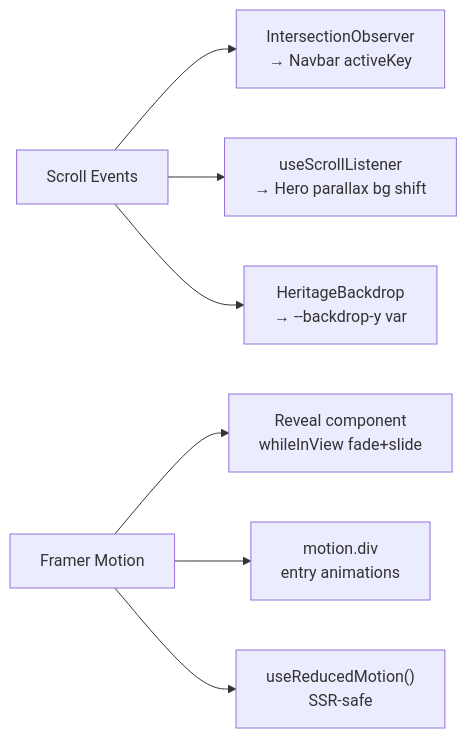
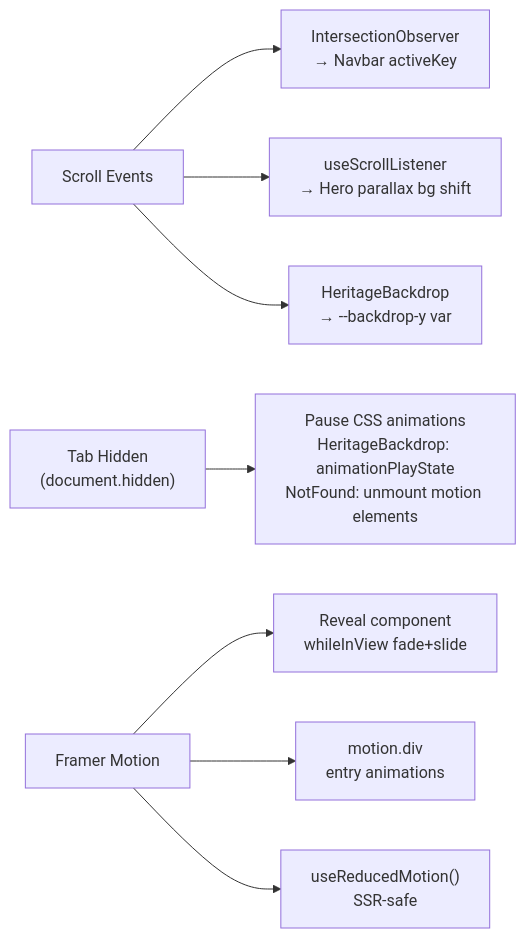
One commit to SolightzZ/assignment-udonexpo2026 changed the sixth of 9 diagrams in FLOW.md. Above: the diagram before and after it, drawn with Mermaid. The commit also changed other lines of this file and 39 other files, not shown here.

````diff
--- a/FLOW.md
+++ b/FLOW.md
@@ -72,9 +77,10 @@
 ```mermaid
 flowchart LR
-    AT["Scroll Events"] --> AU["IntersectionObserver<br/>→ Navbar activeKey"]
-    AT --> AV["useScrollListener<br/>→ Hero parallax bg shift"]
-    AT --> AW["HeritageBackdrop<br/>→ --backdrop-y var"]
-    AX["Framer Motion"] --> AY["Reveal component<br/>whileInView fade+slide"]
-    AX --> AZ["motion.div<br/>entry animations"]
-    AX --> BA["useReducedMotion()<br/>SSR-safe"]
+    BC["Scroll Events"] --> BD["IntersectionObserver<br/>→ Navbar activeKey"]
+    BC --> BE["useScrollListener<br/>→ Hero parallax bg shift"]
+    BC --> BF["HeritageBackdrop<br/>→ --backdrop-y var"]
+    BG["Tab Hidden<br/>(document.hidden)"] --> BH["Pause CSS animations<br/>HeritageBackdrop: animationPlayState<br/>NotFound: unmount motion elements"]
+    BI["Framer Motion"] --> BJ["Reveal component<br/>whileInView fade+slide"]
+    BI --> BK["motion.div<br/>entry animations"]
+    BI --> BL["useReducedMotion()<br/>SSR-safe"]
 ```
````
